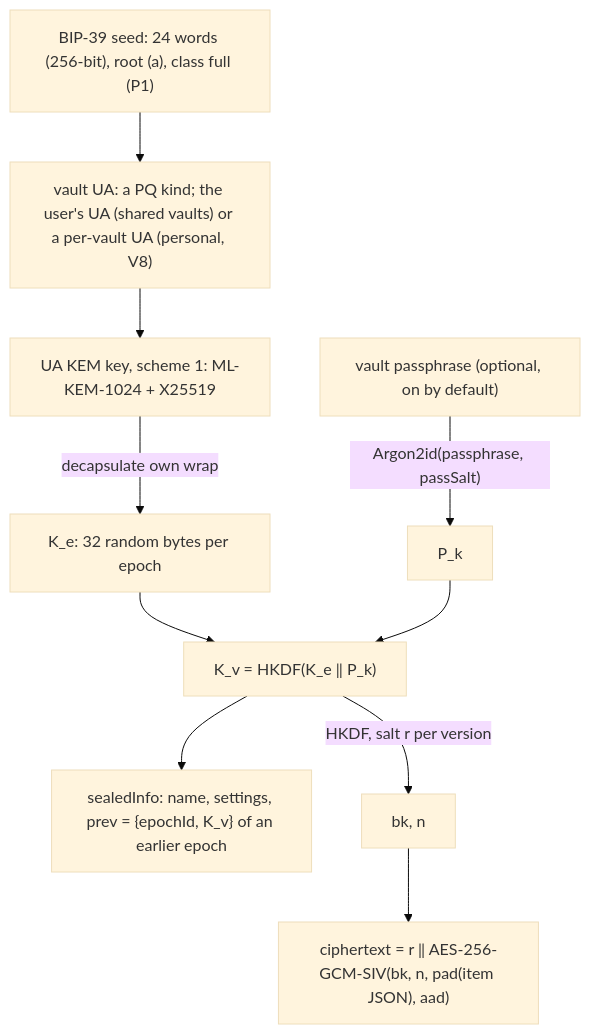
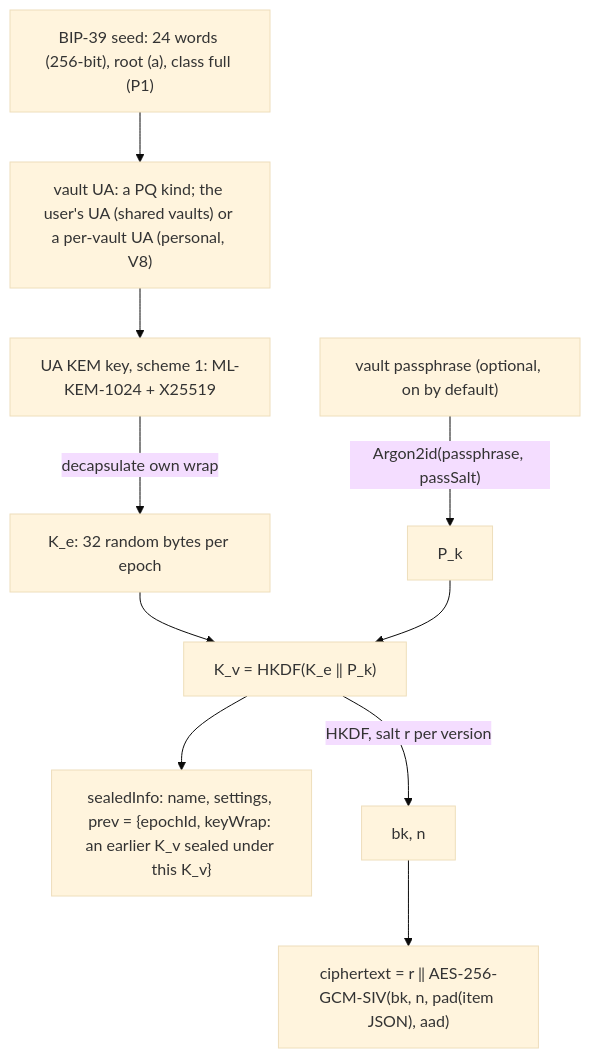
One commit to dinhduongha/scaas changed the second of 2 diagrams in docs/superpowers/specs/2026-11-17-pqvault.md. Above: the diagram before and after it, drawn with Mermaid (base theme). The commit also changed other lines of this file and 6 other files, not shown here.

````diff
--- a/docs/superpowers/specs/2026-11-17-pqvault.md
+++ b/docs/superpowers/specs/2026-11-17-pqvault.md
@@ -529,12 +700,12 @@
 ```mermaid
 flowchart TB
   S["BIP-39 seed: 24 words (256-bit), root (a), class full (P1)"] --> UA["vault UA: a PQ kind; the user's UA (shared vaults) or a per-vault UA (personal, V8)"]
   UA --> KEM["UA KEM key, scheme 1: ML-KEM-1024 + X25519"]
   KEM -->|"decapsulate own wrap"| K["K_e: 32 random bytes per epoch"]
   PW["vault passphrase (optional, on by default)"] -->|"Argon2id(passphrase, passSalt)"| PK["P_k"]
   K --> KV["K_v = HKDF(K_e ‖ P_k)"]
   PK --> KV
-  KV --> SI["sealedInfo: name, settings, prev = {epochId, K_v} of an earlier epoch"]
+  KV --> SI["sealedInfo: name, settings, prev = {epochId, keyWrap: an earlier K_v sealed under this K_v}"]
   KV -->|"HKDF, salt r per version"| BK["bk, n"]
   BK --> CT["ciphertext = r ‖ AES-256-GCM-SIV(bk, n, pad(item JSON), aad)"]
 ```
````
